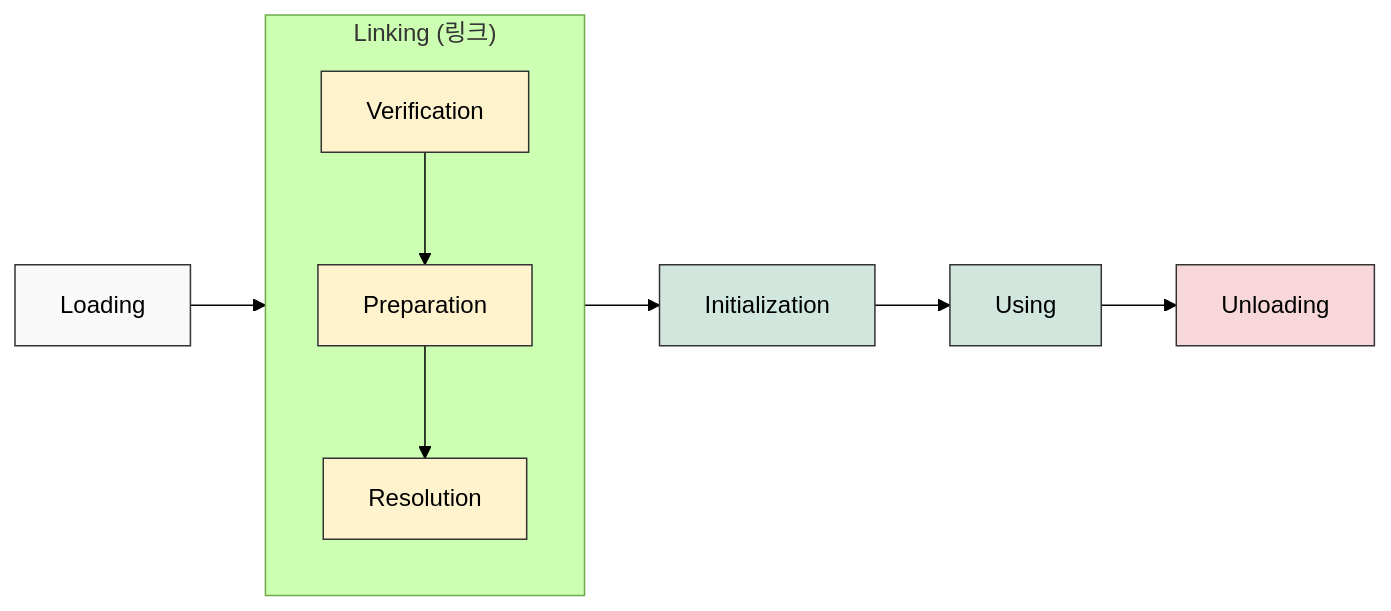
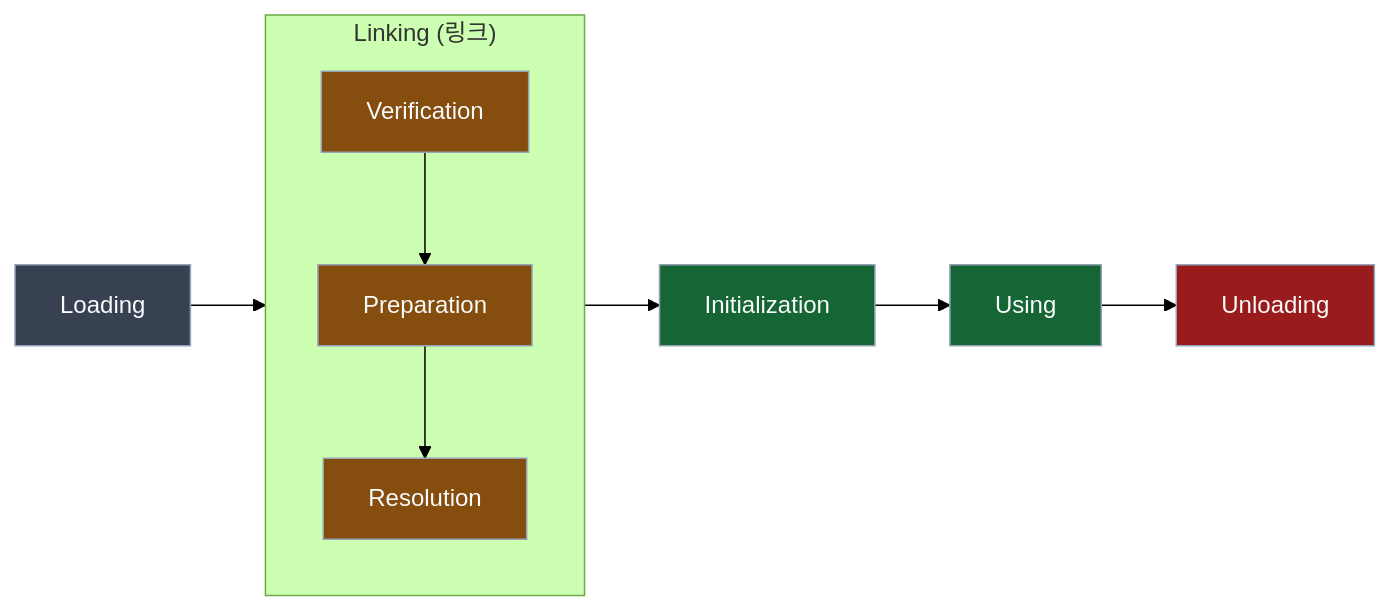
One commit to Kang-Hyesung/kang-hyesung.github.io changed the second of 2 diagrams in _posts/java/07-jvm/2026-01-07-jvm-클래스-로더.md. Above: the diagram before and after it, drawn with Mermaid (forest theme). The commit also changed other lines of this file and 74 other files, not shown here.

Commit message:
docs: update post visibility and mermaid colors

````diff
--- a/_posts/java/07-jvm/2026-01-07-jvm-클래스-로더.md
+++ b/_posts/java/07-jvm/2026-01-07-jvm-클래스-로더.md
@@ -54,26 +54,26 @@
 ```mermaid
 graph LR
     L["Loading"] --> V["Verification"]
     V --> P["Preparation"]
     P --> R["Resolution"]
     R --> I["Initialization"]
     I --> U["Using"]
     U --> UL["Unloading"]
 
     subgraph Linking ["Linking (링크)"]
         direction TB
         V
         P
         R
     end
 
     %% 스타일 정의
-    style L fill:#f9f9f9,stroke:#333
-    style V fill:#fff3cd,stroke:#333
-    style P fill:#fff3cd,stroke:#333
-    style R fill:#fff3cd,stroke:#333
-    style I fill:#d1e7dd,stroke:#333
-    style U fill:#d1e7dd,stroke:#333
-    style UL fill:#f8d7da,stroke:#333
+    style L fill:#374151,stroke:#94a3b8,color:#f8fafc
+    style V fill:#854d0e,stroke:#94a3b8,color:#f8fafc
+    style P fill:#854d0e,stroke:#94a3b8,color:#f8fafc
+    style R fill:#854d0e,stroke:#94a3b8,color:#f8fafc
+    style I fill:#166534,stroke:#94a3b8,color:#f8fafc
+    style U fill:#166534,stroke:#94a3b8,color:#f8fafc
+    style UL fill:#991b1b,stroke:#94a3b8,color:#f8fafc
 
 ```
````
